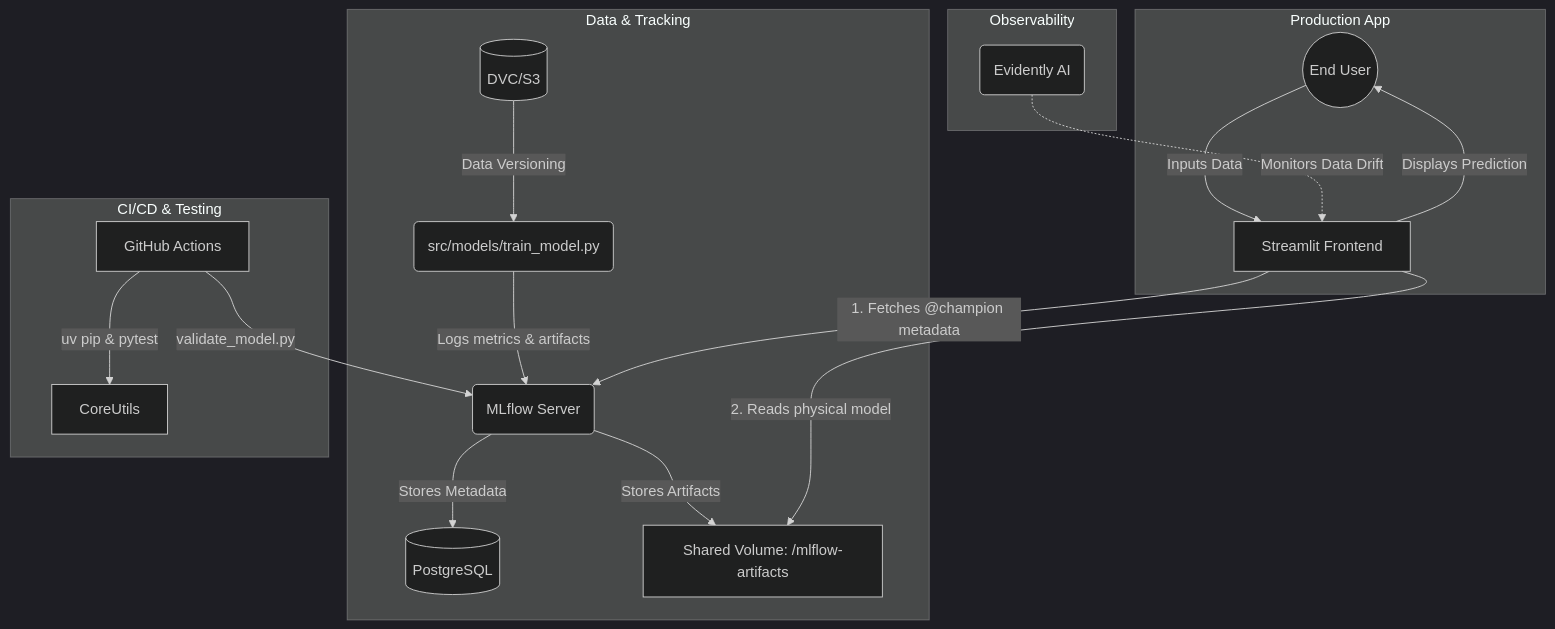
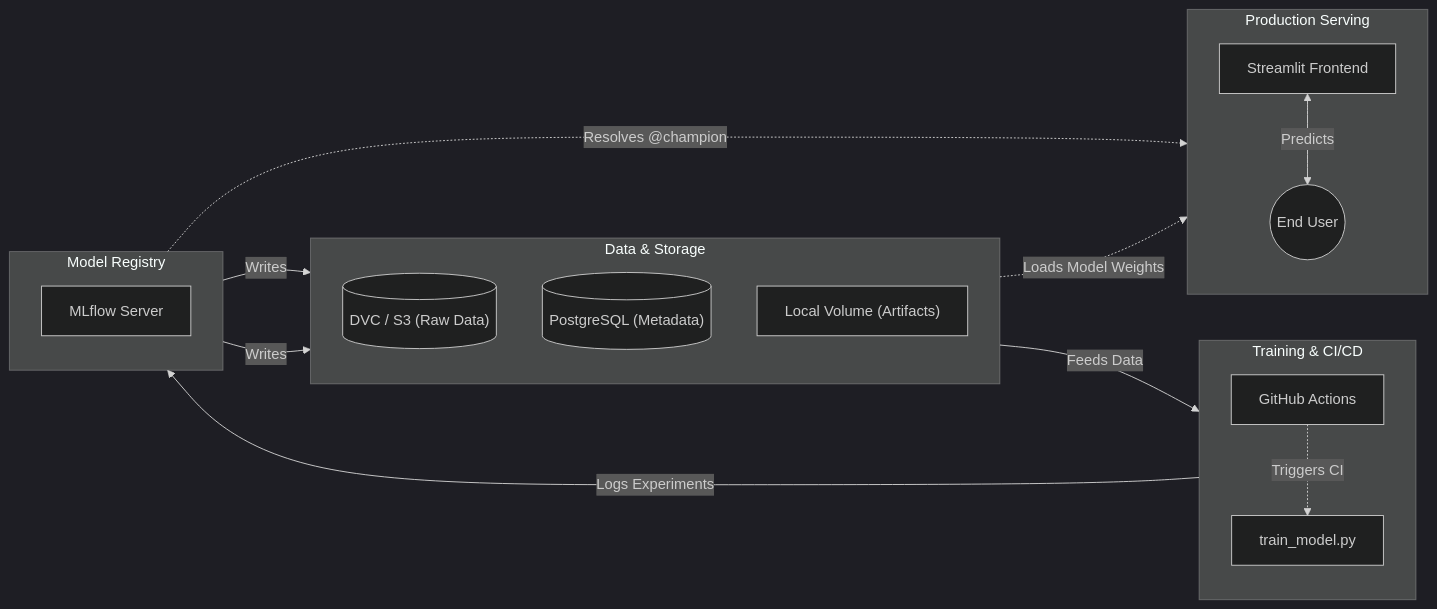
One commit to GuillenConcepcion/DS-NextGen-Banking-AI-Motor-Predictivo-Avanzado-de-Conversi-n- changed the diagram in README.md. Above: the diagram before and after it, drawn with Mermaid (dark theme).

Commit message:
style: redesign architecture diagram for a clean LR block flowchart

````diff
--- a/README.md
+++ b/README.md
@@ -66,25 +66,41 @@
 ```mermaid
-graph TD
-    subgraph DataTracking ["Data & Tracking"]
-        DVC[("DVC/S3")] --> |Data Versioning| TrainScript("src/models/train_model.py")
-        TrainScript -->|Logs metrics & artifacts| MLflow("MLflow Server")
-        MLflow --> |Stores Metadata| DB[("PostgreSQL")]
-        MLflow --> |Stores Artifacts| LocalFS["Shared Volume: /mlflow-artifacts"]
+flowchart LR
+    %% Definición de Subgrafos Estructurados
+    
+    subgraph DataStorage ["Data & Storage"]
+        direction TB
+        DVC[("DVC / S3 (Raw Data)")]
+        DB[("PostgreSQL (Metadata)")]
+        Vol["Local Volume (Artifacts)"]
     end
     
-    subgraph CICD ["CI/CD & Testing"]
-        GitHubActions["GitHub Actions"] --> |uv pip & pytest| CoreUtils
-        GitHubActions --> |validate_model.py| MLflow
+    subgraph Pipeline ["Training & CI/CD"]
+        direction TB
+        GH["GitHub Actions"]
+        Train["train_model.py"]
+        GH -.->|Triggers CI| Train
     end
 
-    subgraph ProductionApp ["Production App"]
-        User(("End User")) --> |Inputs Data| Streamlit["Streamlit Frontend"]
-        Streamlit --> |1. Fetches @champion metadata| MLflow
-        Streamlit --> |2. Reads physical model| LocalFS
-        Streamlit --> |Displays Prediction| User
+    subgraph Tracking ["Model Registry"]
+        direction TB
+        MLflow["MLflow Server"]
+    end
+
+    subgraph Production ["Production Serving"]
+        direction TB
+        UI["Streamlit Frontend"]
+        User(("End User"))
     end
     
-    subgraph Observability ["Observability"]
-        Evidently("Evidently AI") -.-> |Monitors Data Drift| Streamlit
-    end
+    %% Conexiones Lineales Principales (Evitando Cruces)
+    DVC -->|Feeds Data| Train
+    Train -->|Logs Experiments| MLflow
+    
+    MLflow -->|Writes| DB
+    MLflow -->|Writes| Vol
+    
+    MLflow -.->|Resolves @champion| UI
+    Vol -.->|Loads Model Weights| UI
+    
+    UI <-->|Predicts| User
 ```
````
